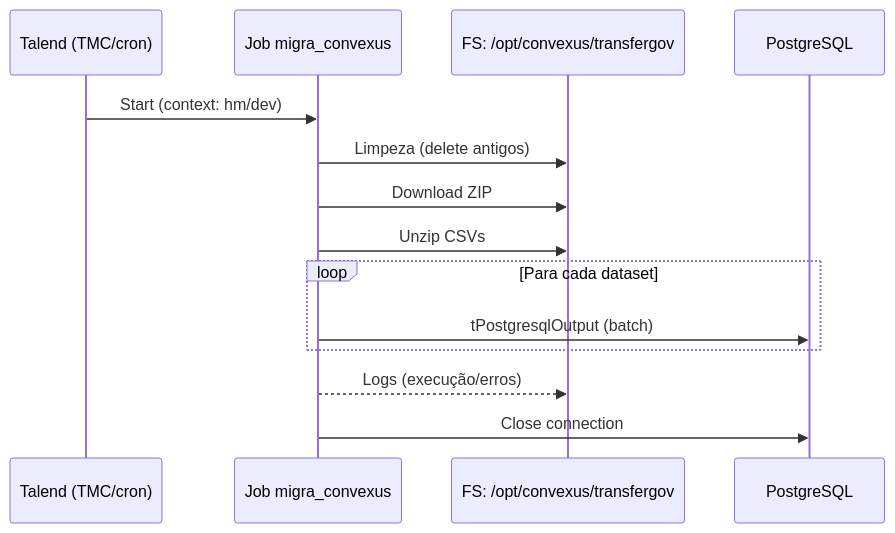
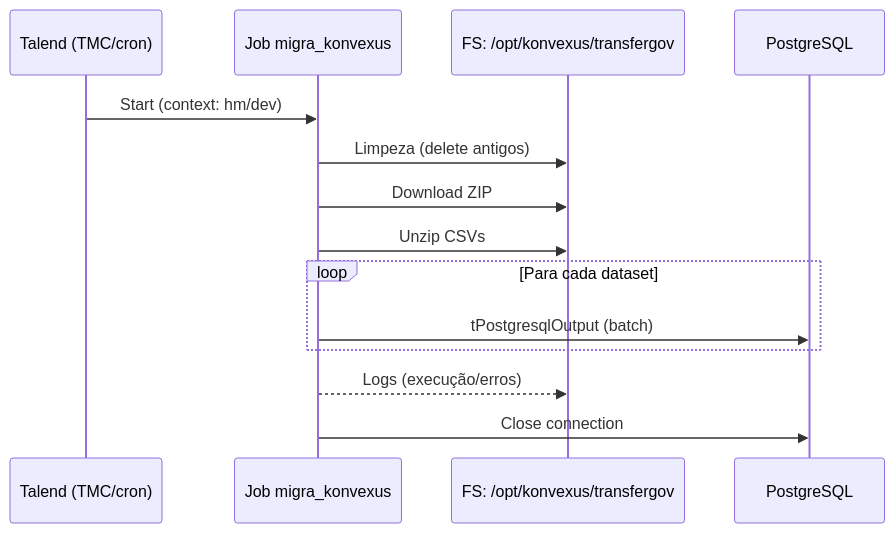
The second of 4 diagrams in teste.md (padeatho/teste), drawn with Mermaid before and after one commit. The commit also changed other lines of this file, not shown here.

````diff
--- a/teste.md
+++ b/teste.md
@@ -101,17 +72,17 @@
 ```mermaid
 sequenceDiagram
     participant TMC as Talend (TMC/cron)
-    participant JOB as Job migra_convexus
-    participant FS as FS: /opt/convexus/transfergov
+    participant JOB as Job migra_konvexus
+    participant FS as FS: /opt/konvexus/transfergov
     participant PG as PostgreSQL
 
     TMC->>JOB: Start (context: hm/dev)
     JOB->>FS: Limpeza (delete antigos)
     JOB->>FS: Download ZIP
     JOB->>FS: Unzip CSVs
     loop Para cada dataset
       JOB->>PG: tPostgresqlOutput (batch)
     end
     JOB-->>FS: Logs (execução/erros)
     JOB->>PG: Close connection
 ```
````
